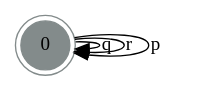
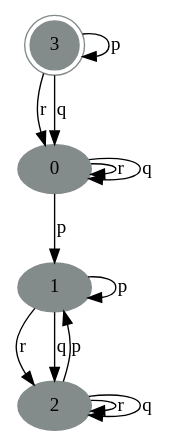
One commit to AngeloFerrando/MonitorWithSafetyAndCoSafetyCompletions changed the diagram in monitor.dot. Above: the diagram before and after it, drawn with Graphviz. The commit also changed 5 other files, not shown here.

```diff
--- a/monitor.dot
+++ b/monitor.dot
@@ -1,6 +1,18 @@
 digraph Monitor {
-	0 [label=0 color=azure4 shape=doublecircle style=filled]
+	0 [label=0 color=azure4 style=filled]
+	1 [label=1 color=azure4 style=filled]
+	2 [label=2 color=azure4 style=filled]
+	3 [label=3 color=azure4 shape=doublecircle style=filled]
+	0 -> 0 [label=r]
 	0 -> 0 [label=q]
-	0 -> 0 [label=r]
-	0 -> 0 [label=p]
+	0 -> 1 [label=p]
+	1 -> 2 [label=r]
+	1 -> 2 [label=q]
+	1 -> 1 [label=p]
+	2 -> 2 [label=r]
+	2 -> 2 [label=q]
+	2 -> 1 [label=p]
+	3 -> 0 [label=r]
+	3 -> 0 [label=q]
+	3 -> 3 [label=p]
 }
```
